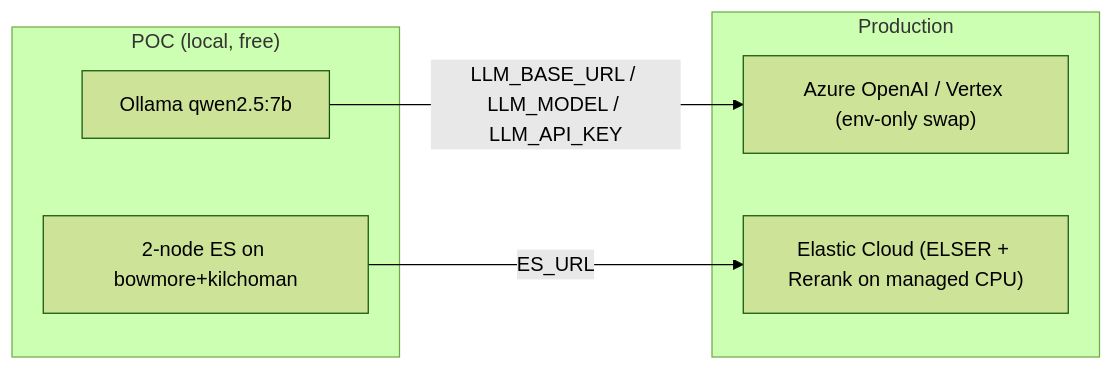
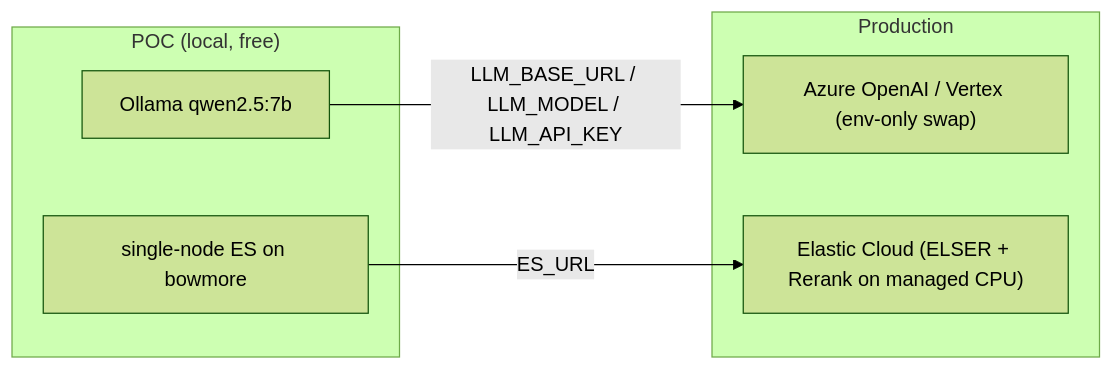
Before and after one commit to benoitquette/conversational-job-search-poc: the ninth of 9 diagrams in ARCHITECTURE.md, drawn with Mermaid (forest theme). The commit also changed other lines of this file and 12 other files, not shown here.

First line of the commit message:
refactor(deploy): consolidate 2-node ES cluster onto a single bowmore node

````diff
--- a/ARCHITECTURE.md
+++ b/ARCHITECTURE.md
@@ -177,13 +176,13 @@
 ```mermaid
 flowchart LR
   subgraph POC["POC (local, free)"]
     o["Ollama qwen2.5:7b"]
-    esd["2-node ES on bowmore+kilchoman"]
+    esd["single-node ES on bowmore"]
   end
   subgraph PROD["Production"]
     az["Azure OpenAI / Vertex (env-only swap)"]
     ec["Elastic Cloud (ELSER + Rerank on managed CPU)"]
   end
   o -->|LLM_BASE_URL / LLM_MODEL / LLM_API_KEY| az
   esd -->|ES_URL| ec
 ```
````
